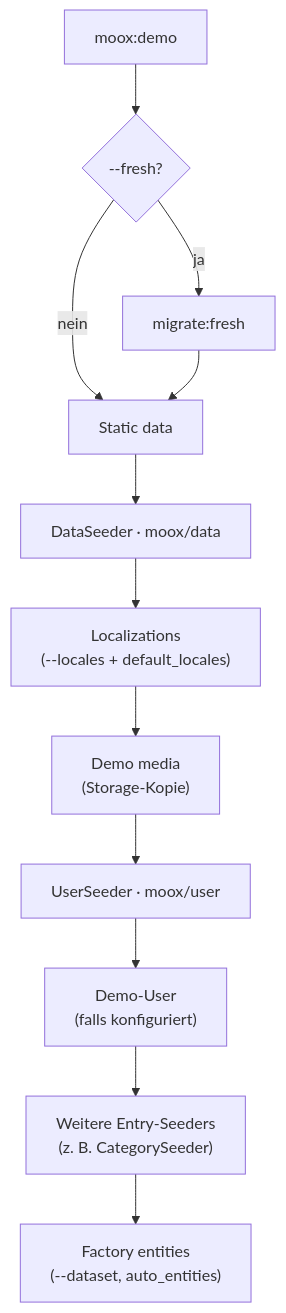
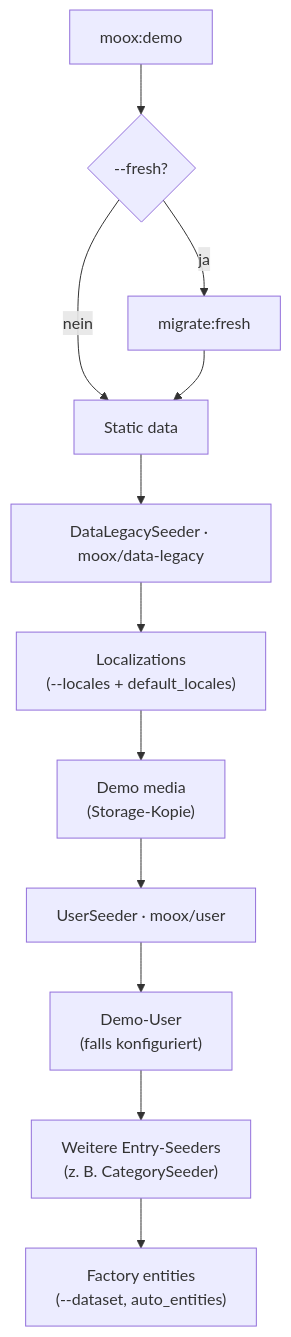
One commit to mooxphp/moox changed the diagram in packages/demo/docs/SEEDERS.md. Above: the diagram before and after it, drawn with Mermaid. The commit also changed other lines of this file and 456 other files, not shown here.

Commit message:
rename moox/data to moox/data-legacy and migrate namespace to Moox\DataLegacy

````diff
--- a/packages/demo/docs/SEEDERS.md
+++ b/packages/demo/docs/SEEDERS.md
@@ -92,14 +92,14 @@
 ```mermaid
 flowchart TD
     A["moox:demo"] --> B{"--fresh?"}
     B -->|ja| C["migrate:fresh"]
     B -->|nein| D["Static data"]
     C --> D
-    D --> E["DataSeeder · moox/data"]
+    D --> E["DataLegacySeeder · moox/data-legacy"]
     E --> F["Localizations\n(--locales + default_locales)"]
     F --> G["Demo media\n(Storage-Kopie)"]
     G --> H["UserSeeder · moox/user"]
     H --> I["Demo-User\n(falls konfiguriert)"]
     I --> J["Weitere Entry-Seeders\n(z. B. CategorySeeder)"]
     J --> K["Factory entities\n(--dataset, auto_entities)"]
 ```
````
